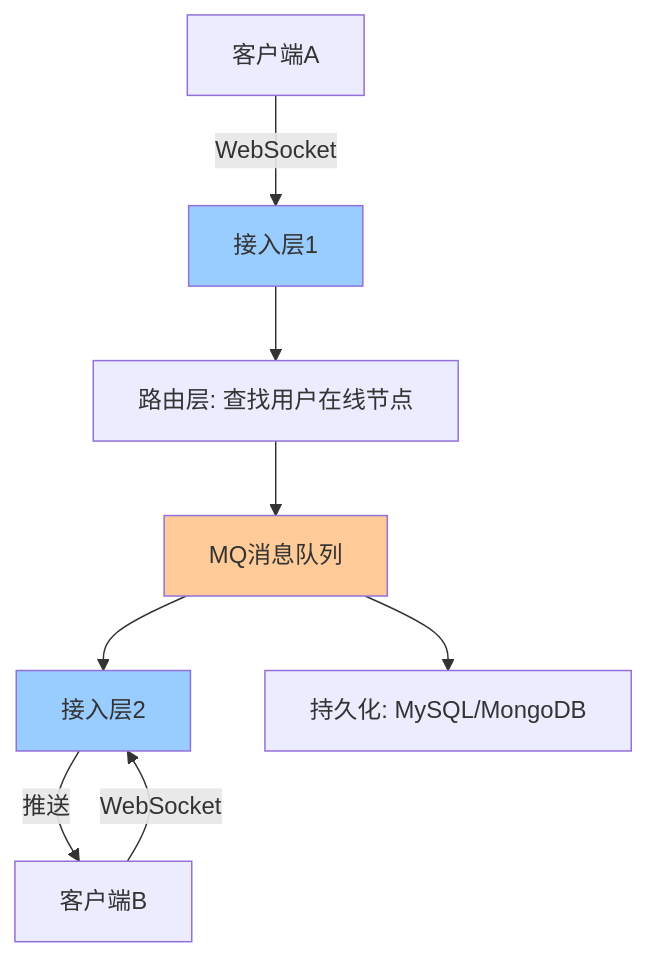
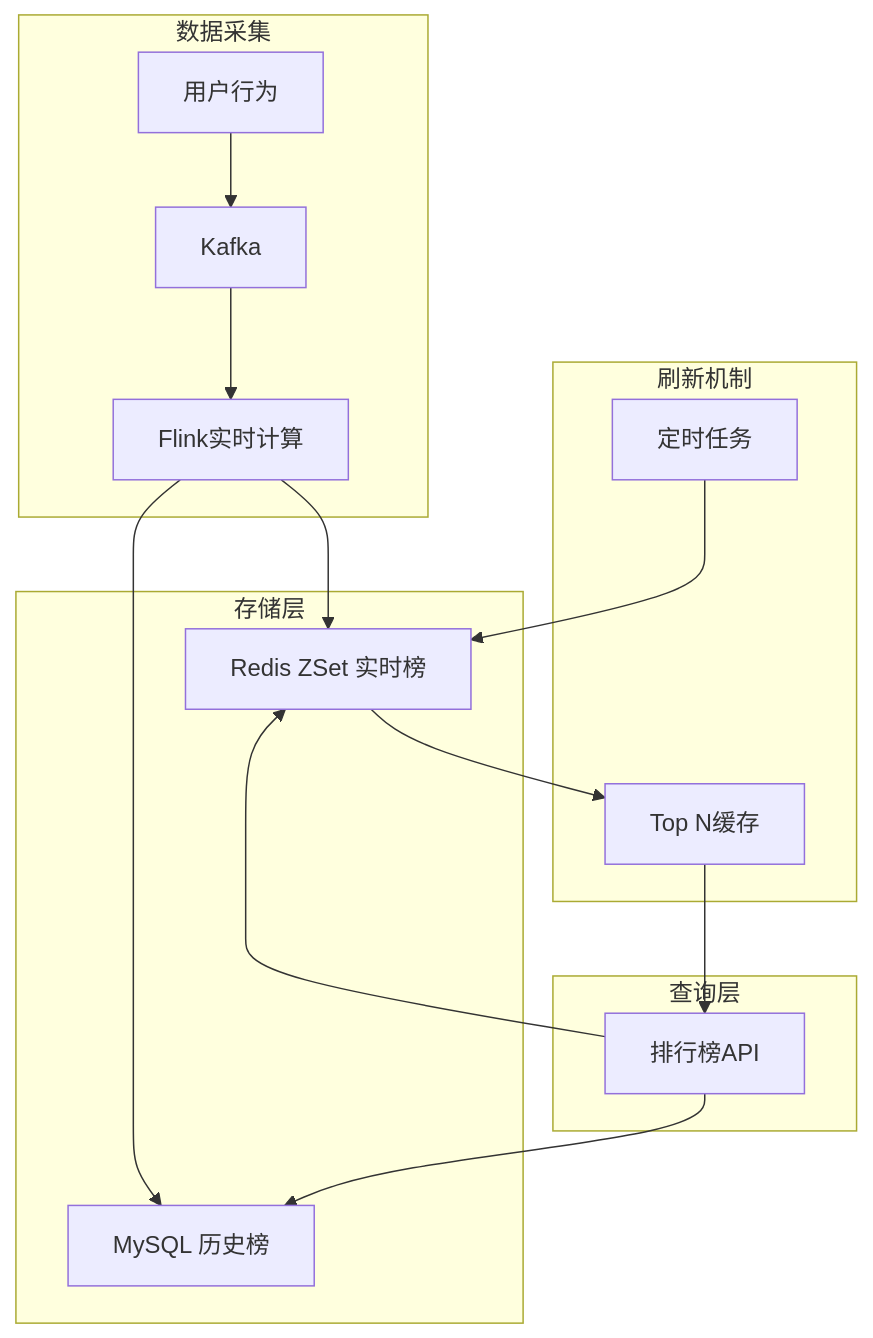
One commit to Yanminghao0/Backend_Tech_Knowledge_Base changed the fifth of 9 diagrams in 知识点汇总/14_架构设计/07_高并发架构实战案例.md. Above: the diagram before and after it, drawn with Mermaid. The commit also changed other lines of this file and 7 other files, not shown here.

````diff
--- a/知识点汇总/14_架构设计/07_高并发架构实战案例.md
+++ b/知识点汇总/14_架构设计/07_高并发架构实战案例.md
@@ -274,14 +535,23 @@
 ```mermaid
-graph TD
-    A[客户端A] -->|WebSocket| B[接入层1]
-    C[客户端B] -->|WebSocket| D[接入层2]
-    B --> E[路由层: 查找用户在线节点]
-    E --> F[MQ消息队列]
-    F --> D
-    D -->|推送| C
-    F --> G[持久化: MySQL/MongoDB]
+graph TB
+    subgraph 数据采集
+        A[用户行为] --> B[Kafka]
+        B --> C[Flink实时计算]
+    end
     
-    style B fill:#99ccff
-    style D fill:#99ccff
-    style F fill:#ffcc99
+    subgraph 存储层
+        C --> D[Redis ZSet 实时榜]
+        C --> E[MySQL 历史榜]
+    end
+    
+    subgraph 查询层
+        F[排行榜API] --> D
+        F --> E
+    end
+    
+    subgraph 刷新机制
+        G[定时任务] --> D
+        D --> H[Top N缓存]
+        H --> F
+    end
 ```
````
